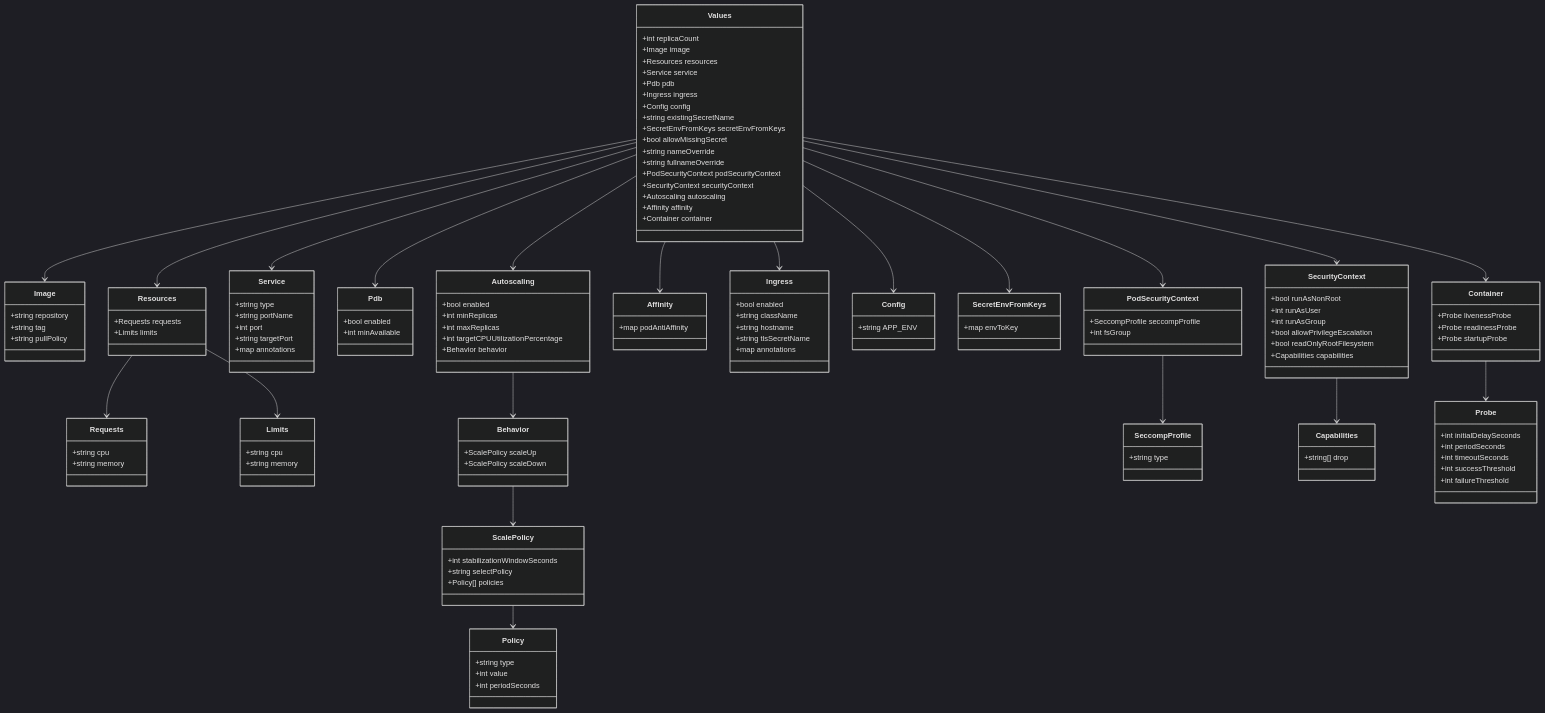
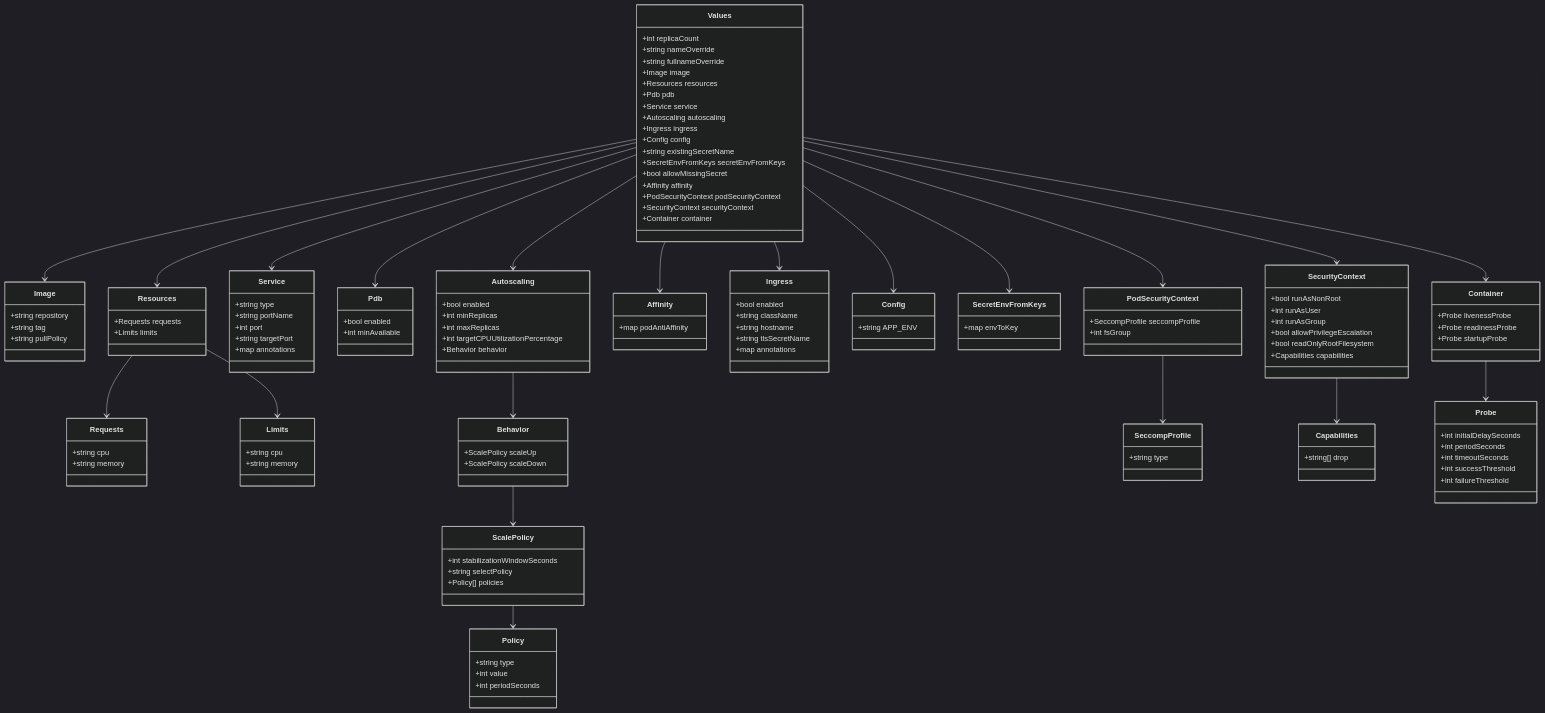
One commit to leynos/wildside changed the diagram in docs/values-class-diagram.mmd. Above: the diagram before and after it, drawn with Mermaid (dark theme). The commit also changed other lines of this file and 3 other files, not shown here.

```diff
--- a/docs/values-class-diagram.mmd
+++ b/docs/values-class-diagram.mmd
@@ -1,135 +1,135 @@
 classDiagram
     class Values {
       +int replicaCount
+      +string nameOverride
+      +string fullnameOverride
       +Image image
       +Resources resources
+      +Pdb pdb
       +Service service
-      +Pdb pdb
+      +Autoscaling autoscaling
       +Ingress ingress
       +Config config
       +string existingSecretName
       +SecretEnvFromKeys secretEnvFromKeys
       +bool allowMissingSecret
-      +string nameOverride
-      +string fullnameOverride
+      +Affinity affinity
       +PodSecurityContext podSecurityContext
       +SecurityContext securityContext
-      +Autoscaling autoscaling
-      +Affinity affinity
       +Container container
     }
     class Image {
       +string repository
       +string tag
       +string pullPolicy
     }
     class Resources {
       +Requests requests
       +Limits limits
     }
     class Requests {
       +string cpu
       +string memory
     }
     class Limits {
       +string cpu
       +string memory
     }
     class Service {
       +string type
       +string portName
       +int port
       +string targetPort
       +map<string,string> annotations
     }
     class Pdb {
       +bool enabled
       +int minAvailable
     }
     class Autoscaling {
       +bool enabled
       +int minReplicas
       +int maxReplicas
       +int targetCPUUtilizationPercentage
       +Behavior behavior
     }
     class Behavior {
       +ScalePolicy scaleUp
       +ScalePolicy scaleDown
     }
     class ScalePolicy {
       +int stabilizationWindowSeconds
       +string selectPolicy
       +Policy[] policies
     }
     class Policy {
       +string type
       +int value
       +int periodSeconds
     }
     class Affinity {
       +map<string, any> podAntiAffinity
     }
     class Ingress {
       +bool enabled
       +string className
       +string hostname
       +string tlsSecretName
       +map<string,string> annotations
     }
     class Config {
       +string APP_ENV
     }
     class SecretEnvFromKeys {
       +map<string,string> envToKey
     }
     class PodSecurityContext {
       +SeccompProfile seccompProfile
       +int fsGroup
     }
     class SeccompProfile {
       +string type
     }
     class SecurityContext {
       +bool runAsNonRoot
       +int runAsUser
       +int runAsGroup
       +bool allowPrivilegeEscalation
       +bool readOnlyRootFilesystem
       +Capabilities capabilities
     }
     class Capabilities {
       +string[] drop
     }
     class Container {
       +Probe livenessProbe
       +Probe readinessProbe
       +Probe startupProbe
     }
     class Probe {
       +int initialDelaySeconds
       +int periodSeconds
       +int timeoutSeconds
       +int successThreshold
       +int failureThreshold
     }
     Values --> Image
     Values --> Resources
     Resources --> Requests
     Resources --> Limits
     Values --> Service
     Values --> Pdb
     Values --> Ingress
     Values --> Config
     Values --> SecretEnvFromKeys
     Values --> PodSecurityContext
     Values --> SecurityContext
     Values --> Autoscaling
     Values --> Affinity
     Values --> Container
     Autoscaling --> Behavior
     Behavior --> ScalePolicy
     ScalePolicy --> Policy
     PodSecurityContext --> SeccompProfile
     Container --> Probe
     SecurityContext --> Capabilities
```
